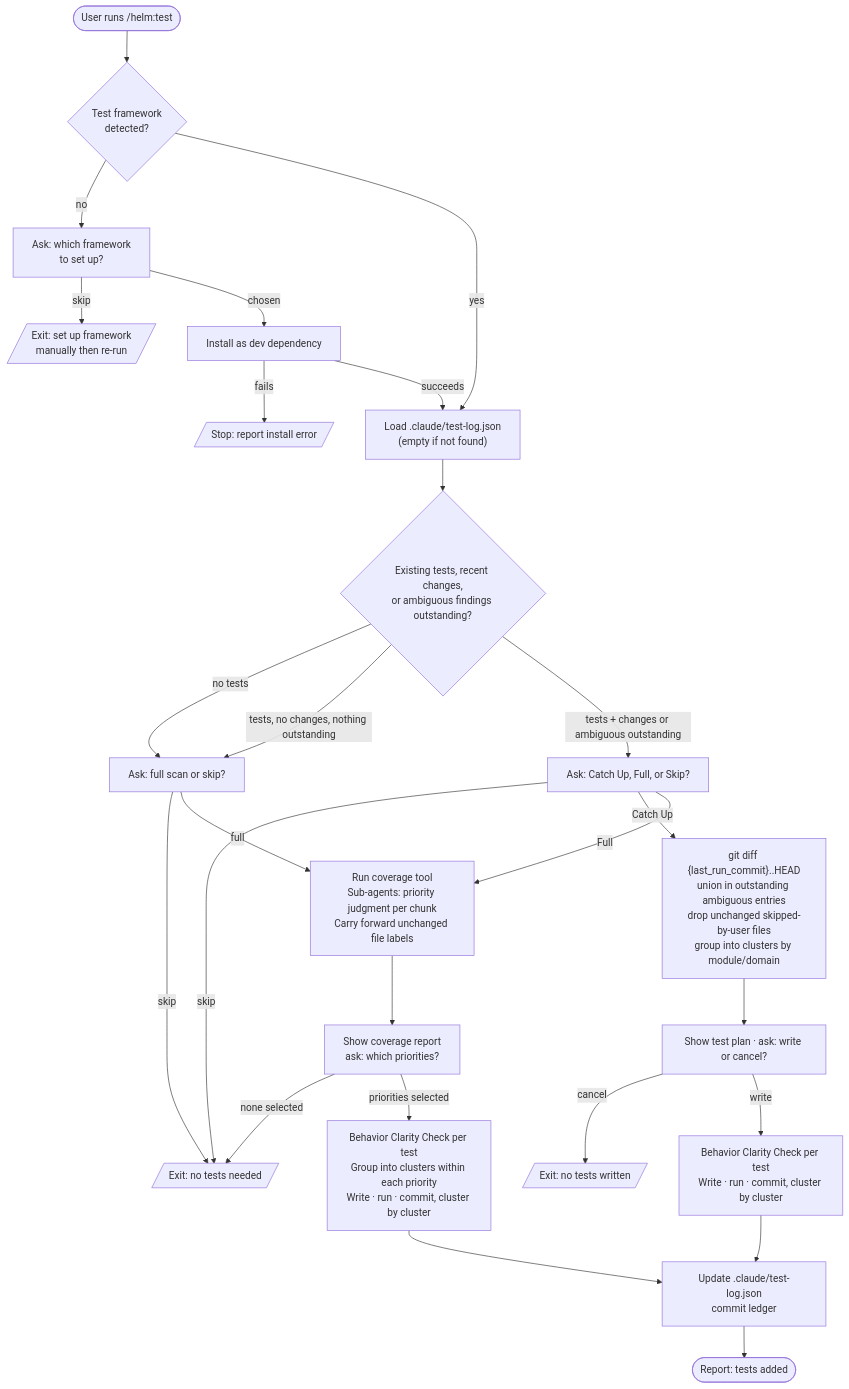
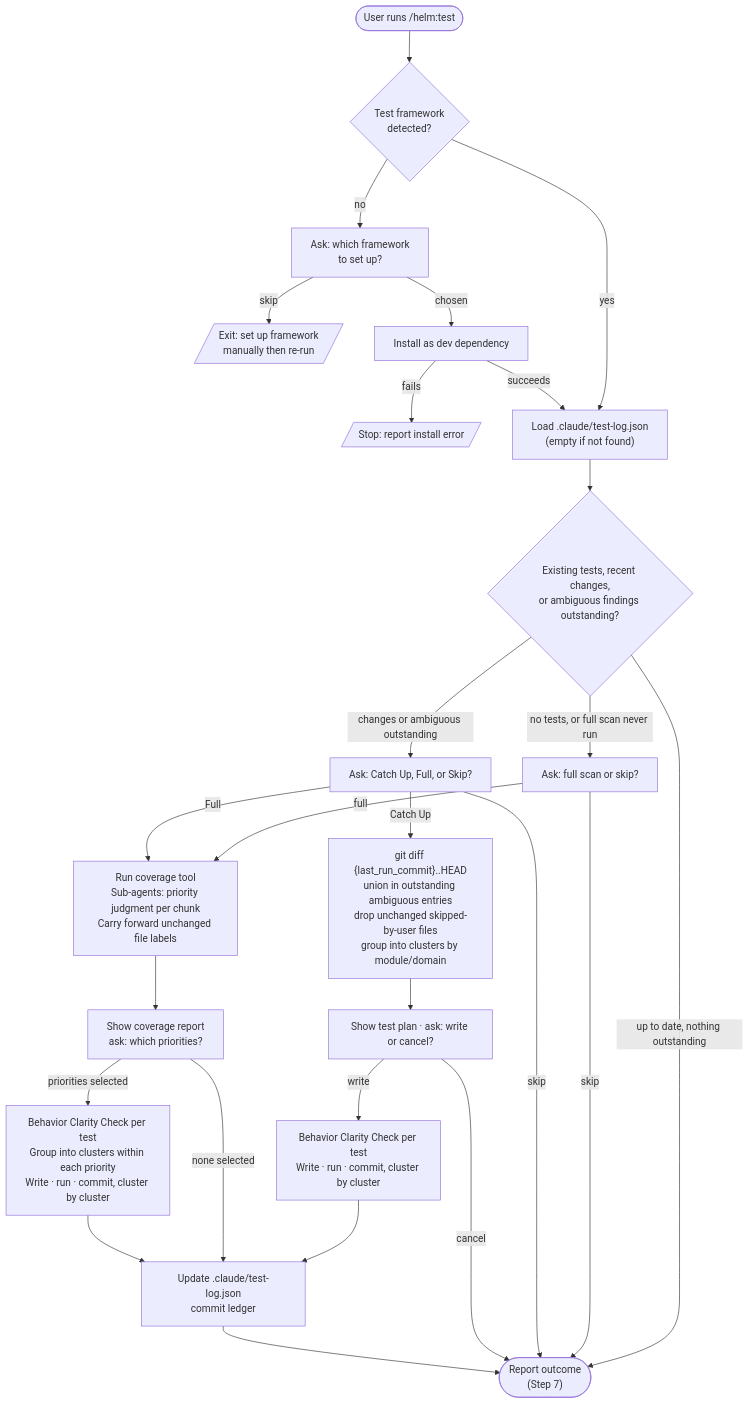
One commit to myowinthein/agent-helm changed the diagram in docs/commands/test.md. Above: the diagram before and after it, drawn with Mermaid. The commit also changed other lines of this file and 1 other file, not shown here.

Commit message:
feat(test): add missing Confirm completion report step, route every exit path through it

````diff
--- a/docs/commands/test.md
+++ b/docs/commands/test.md
@@ -13,35 +13,35 @@
 ```mermaid
 flowchart TD
   Start([User runs /helm:test]) --> Framework{Test framework<br/>detected?}
   Framework -->|no| AskFW[Ask: which framework<br/>to set up?]
   AskFW -->|skip| FWStop[/Exit: set up framework<br/>manually then re-run/]
   AskFW -->|chosen| FWSetup[Install as dev dependency]
   FWSetup -->|fails| FWFail[/Stop: report install error/]
   Framework -->|yes| Ledger
   FWSetup -->|succeeds| Ledger
 
   Ledger["Load .claude/test-log.json<br/>(empty if not found)"] --> Assess
 
   Assess{Existing tests, recent changes,<br/>or ambiguous findings outstanding?}
-  Assess -->|no tests| FullOrSkip["Ask: full scan or skip?"]
-  Assess -->|tests, no changes, nothing outstanding| FullOrSkip
-  Assess -->|tests + changes or ambiguous outstanding| Choice["Ask: Catch Up, Full, or Skip?"]
+  Assess -->|no tests, or full scan never run| FullOrSkip["Ask: full scan or skip?"]
+  Assess -->|up to date, nothing outstanding| Report(["Report outcome<br/>(Step 7)"])
+  Assess -->|changes or ambiguous outstanding| Choice["Ask: Catch Up, Full, or Skip?"]
 
-  FullOrSkip -->|skip| Skip[/Exit: no tests needed/]
+  FullOrSkip -->|skip| Report
   FullOrSkip -->|full| FullScan
-  Choice -->|skip| Skip
+  Choice -->|skip| Report
   Choice -->|Catch Up| CatchUp
   Choice -->|Full| FullScan
 
   CatchUp["git diff {last_run_commit}..HEAD<br/>union in outstanding ambiguous entries<br/>drop unchanged skipped-by-user files<br/>group into clusters by module/domain"] --> CatchPlan["Show test plan · ask: write or cancel?"]
-  CatchPlan -->|cancel| Cancel[/Exit: no tests written/]
+  CatchPlan -->|cancel| Report
   CatchPlan -->|write| CWrite["Behavior Clarity Check per test<br/>Write · run · commit, cluster by cluster"]
   CWrite --> UpdateLedger
 
   FullScan["Run coverage tool<br/>Sub-agents: priority judgment per chunk<br/>Carry forward unchanged file labels"] --> FullPlan["Show coverage report<br/>ask: which priorities?"]
-  FullPlan -->|none selected| Skip
+  FullPlan -->|none selected| UpdateLedger
   FullPlan -->|priorities selected| FWrite["Behavior Clarity Check per test<br/>Group into clusters within each priority<br/>Write · run · commit, cluster by cluster"]
   FWrite --> UpdateLedger
 
-  UpdateLedger["Update .claude/test-log.json<br/>commit ledger"] --> Done([Report: tests added])
+  UpdateLedger["Update .claude/test-log.json<br/>commit ledger"] --> Report
 ```
````
